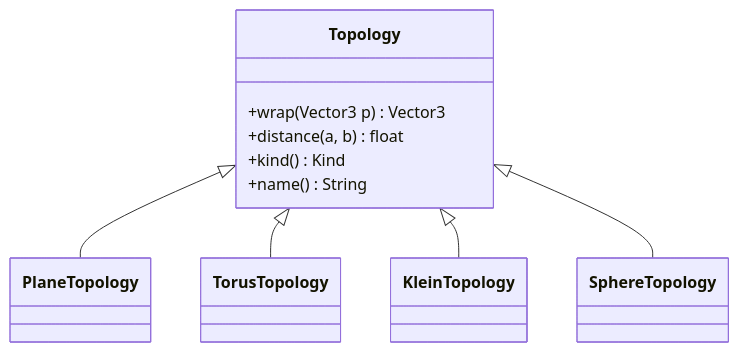
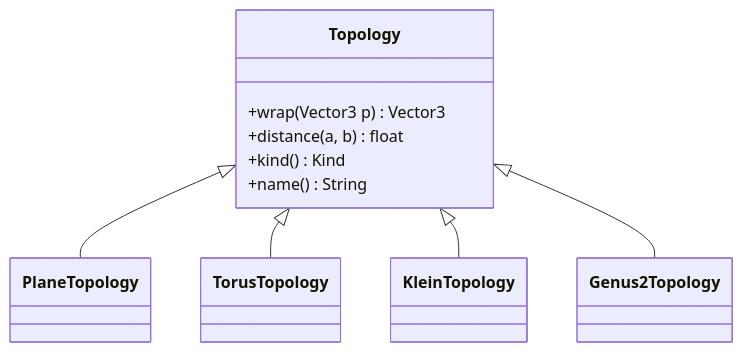
The second of 9 diagrams in docs/ARCHITECTURE.md (sean-reid/clowns-and-mimes), drawn with Mermaid before and after one commit. The commit also changed other lines of this file and 3 other files, not shown here.

First line of the commit message:
feat(genus2): switch user-facing topology branding to "Double torus"

````diff
--- a/docs/ARCHITECTURE.md
+++ b/docs/ARCHITECTURE.md
@@ -138,13 +138,13 @@
 ```mermaid
 classDiagram
   class Topology {
     +wrap(Vector3 p) Vector3
     +distance(a, b) float
     +kind() Kind
     +name() String
   }
   Topology <|-- PlaneTopology
   Topology <|-- TorusTopology
   Topology <|-- KleinTopology
-  Topology <|-- SphereTopology
+  Topology <|-- Genus2Topology
 ```
````
